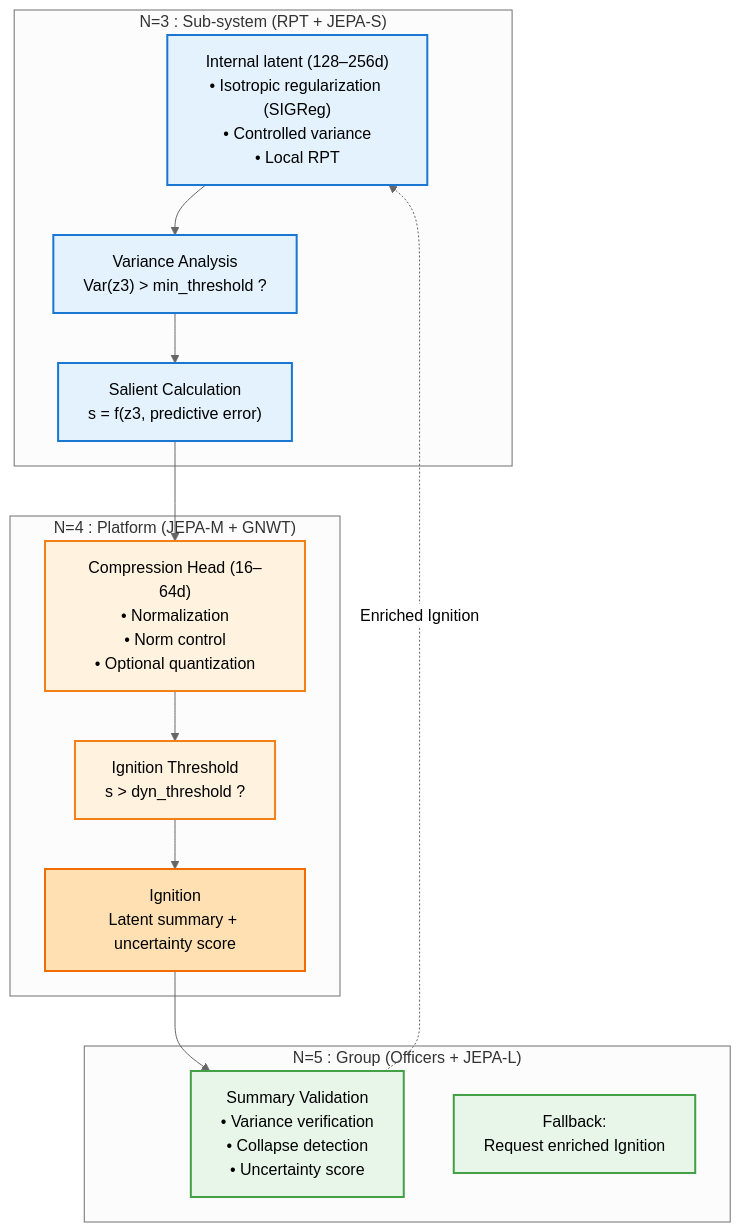
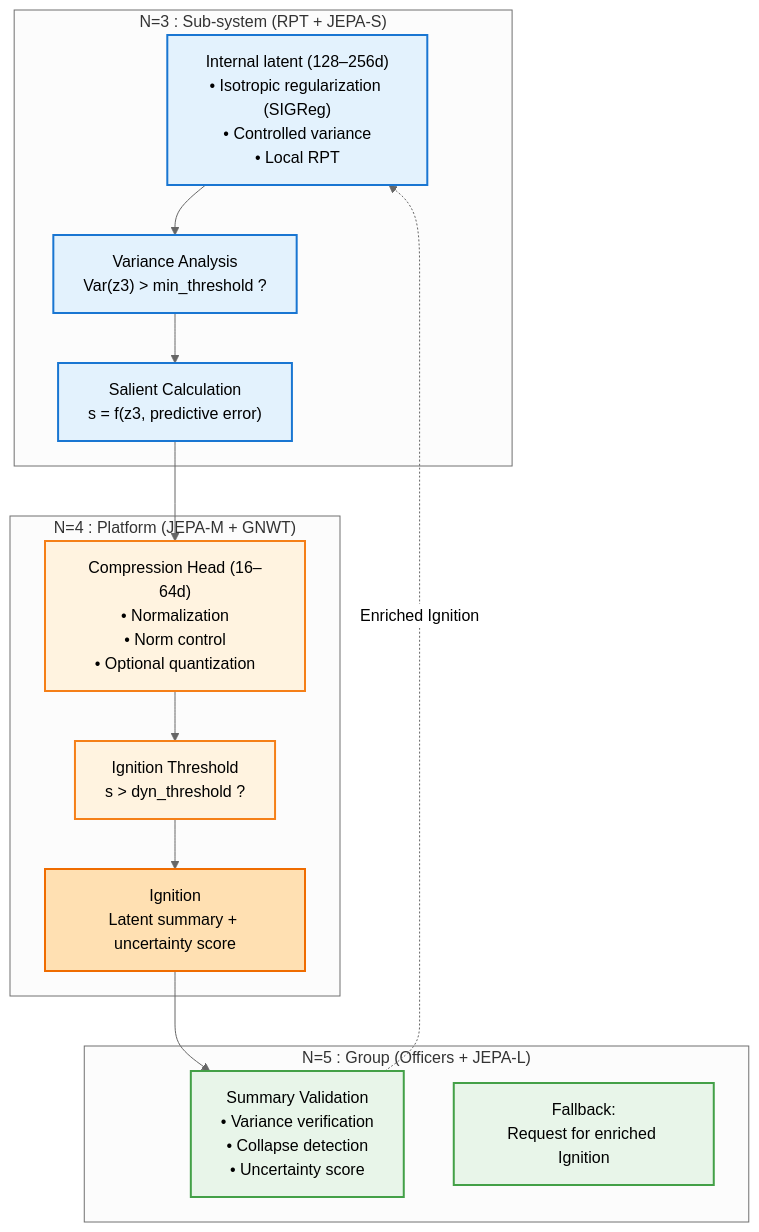
One commit to AlainCo/GNWT-Garrigue-X-en changed the ninth of 9 diagrams in architecture/architecture.md. Above: the diagram before and after it, drawn with Mermaid (neutral theme). The commit also changed other lines of this file and 24 other files, not shown here.

````diff
--- a/architecture/architecture.md
+++ b/architecture/architecture.md
@@ -200,38 +198,38 @@
 ```mermaid
 flowchart TD
 
     %% --- N3 : Latent interne ---
     subgraph N3 ["N=3 : Sub-system (RPT + JEPA-S)"]
         L3["Internal latent (128–256d)<br>• Isotropic regularization (SIGReg)<br>• Controlled variance<br>• Local RPT"]
         V3["Variance Analysis<br>Var(z3) > min_threshold ?"]
         S3["Salient Calculation<br>s = f(z3, predictive error)"]
     end
 
     %% --- N4 : Compression + Seuil d'Ignition ---
     subgraph N4 ["N=4 : Platform (JEPA-M + GNWT)"]
         T4["Compression Head (16–64d)<br>• Normalization<br>• Norm control<br>• Optional quantization"]
         Th4["Ignition Threshold<br>s > dyn_threshold ?"]
         I4["Ignition<br>Latent summary + uncertainty score"]
     end
 
     %% --- N5 : Validation + Fallback ---
     subgraph N5 ["N=5 : Group (Officers + JEPA-L)"]
         V5["Summary Validation<br>• Variance verification<br>• Collapse detection<br>• Uncertainty score"]
-        F5["Fallback:<br>Request enriched Ignition"]
+        F5["Fallback:<br>Request for enriched Ignition"]
     end
 
     %% --- Flux ---
     L3 --> V3 --> S3 --> T4 --> Th4 --> I4 --> V5
     V5 -.->|"Enriched Ignition"| L3
 
     %% --- Styles ---
     classDef latent fill:#e3f2fd,stroke:#1976d2,stroke-width:2px
     classDef comp fill:#fff3e0,stroke:#f57f17,stroke-width:2px
     classDef ign fill:#ffe0b2,stroke:#ef6c00,stroke-width:2px
     classDef val fill:#e8f5e9,stroke:#43a047,stroke-width:2px
 
     class L3,V3,S3 latent
     class T4,Th4 comp
     class I4 ign
     class V5,F5 val
 ```
````
